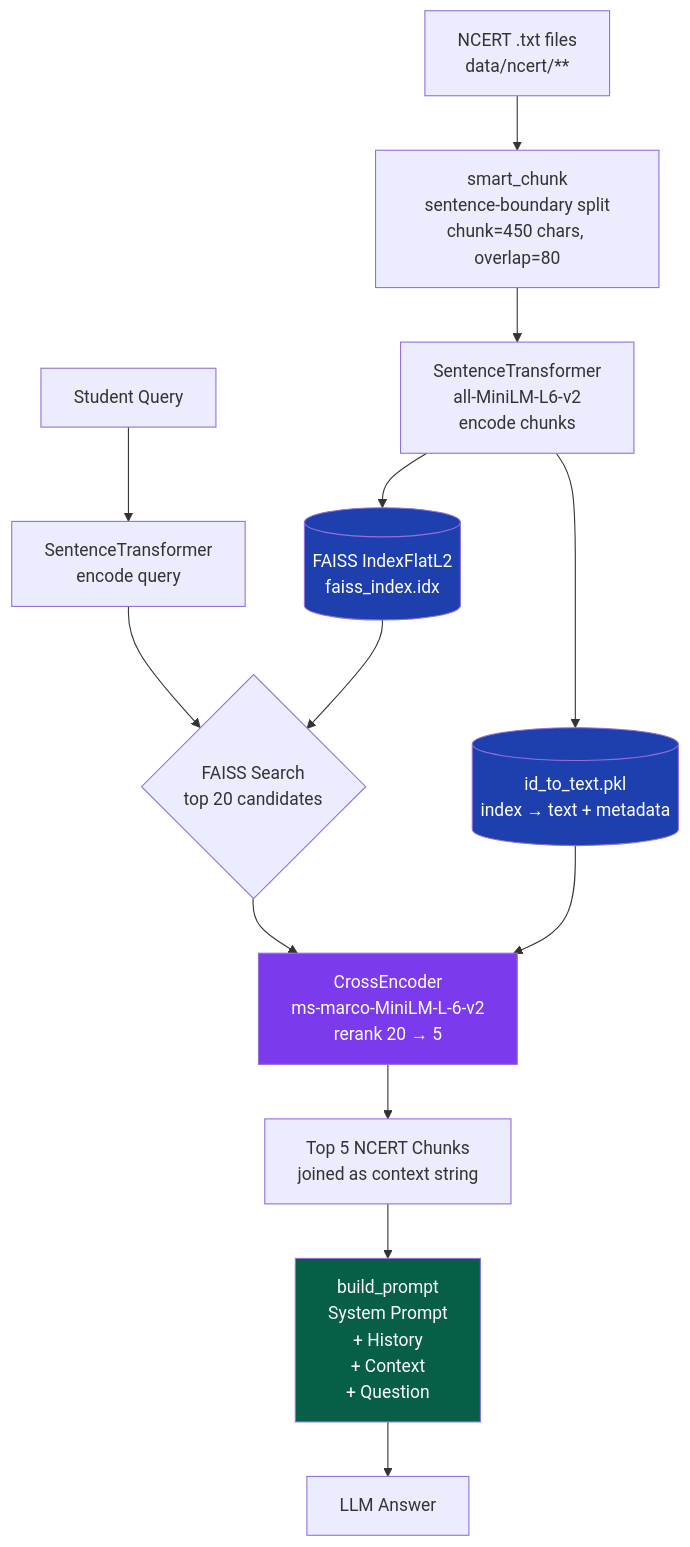
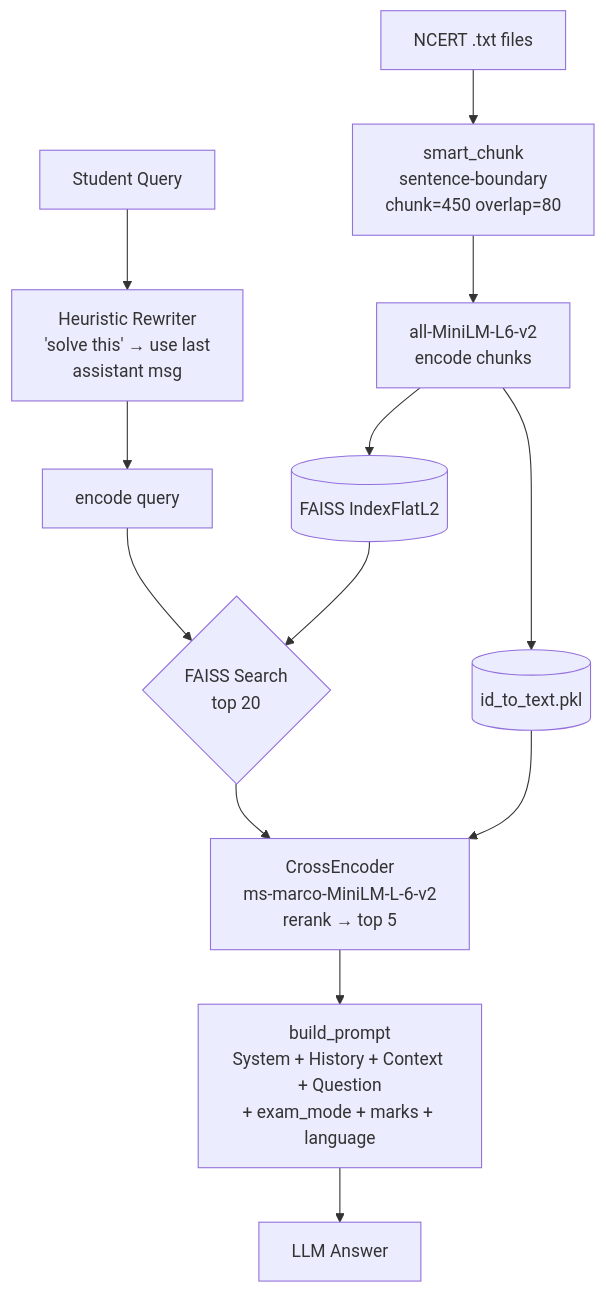
The sixth of 8 diagrams in README.md (bikram993298/Rag_main), drawn with Mermaid before and after one commit. The commit also changed other lines of this file and 22 other files, not shown here.

````diff
--- a/README.md
+++ b/README.md
@@ -433,21 +453,16 @@
 ```mermaid
 flowchart TD
-    A[NCERT .txt files\ndata/ncert/**] --> B[smart_chunk\nsentence-boundary split\nchunk=450 chars, overlap=80]
-    B --> C[SentenceTransformer\nall-MiniLM-L6-v2\nencode chunks]
-    C --> D[(FAISS IndexFlatL2\nfaiss_index.idx)]
-    C --> E[(id_to_text.pkl\nindex → text + metadata)]
+    A[NCERT .txt files] --> B[smart_chunk\nsentence-boundary\nchunk=450 overlap=80]
+    B --> C[all-MiniLM-L6-v2\nencode chunks]
+    C --> D[(FAISS IndexFlatL2)]
+    C --> E[(id_to_text.pkl)]
 
-    F[Student Query] --> G[SentenceTransformer\nencode query]
-    G --> H{FAISS Search\ntop 20 candidates}
-    D --> H
-    H --> I[CrossEncoder\nms-marco-MiniLM-L-6-v2\nrerank 20 → 5]
-    E --> I
-    I --> J[Top 5 NCERT Chunks\njoined as context string]
-    J --> K[build_prompt\nSystem Prompt\n+ History\n+ Context\n+ Question]
+    F[Student Query] --> G[Heuristic Rewriter\n'solve this' → use last\nassistant msg]
+    G --> H[encode query]
+    H --> I{FAISS Search\ntop 20}
+    D --> I
+    I --> J[CrossEncoder\nms-marco-MiniLM-L-6-v2\nrerank → top 5]
+    E --> J
+    J --> K[build_prompt\nSystem + History + Context + Question\n+ exam_mode + marks + language]
     K --> L[LLM Answer]
-
-    style D fill:#1e40af,color:#fff
-    style E fill:#1e40af,color:#fff
-    style I fill:#7c3aed,color:#fff
-    style K fill:#065f46,color:#fff
 ```
````
